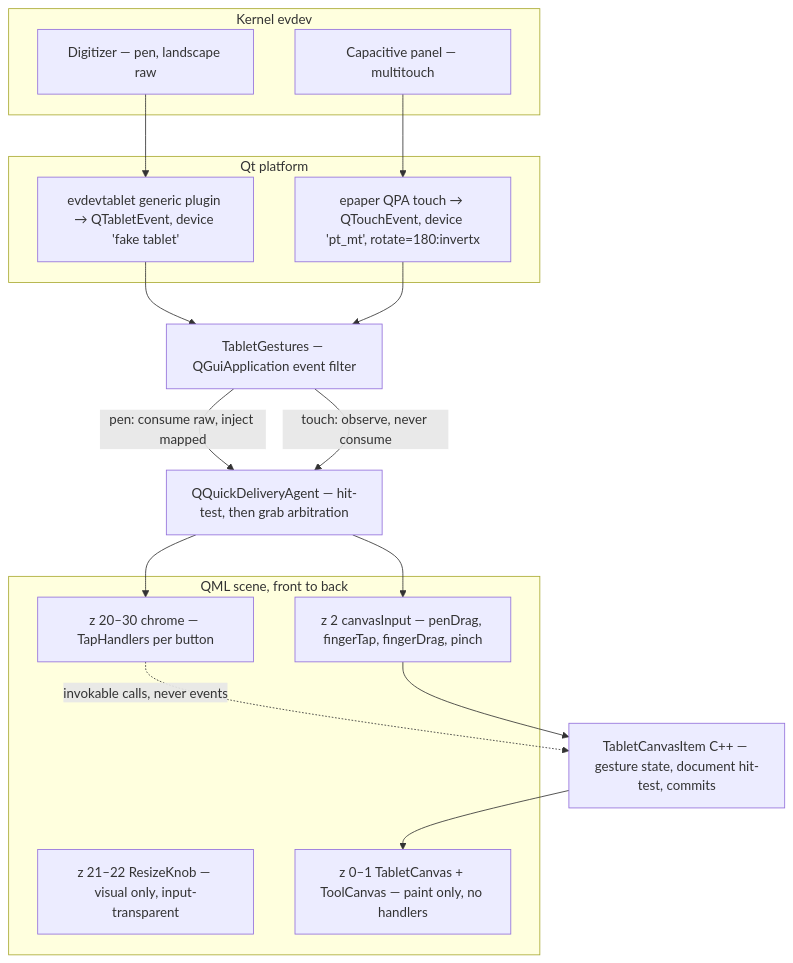
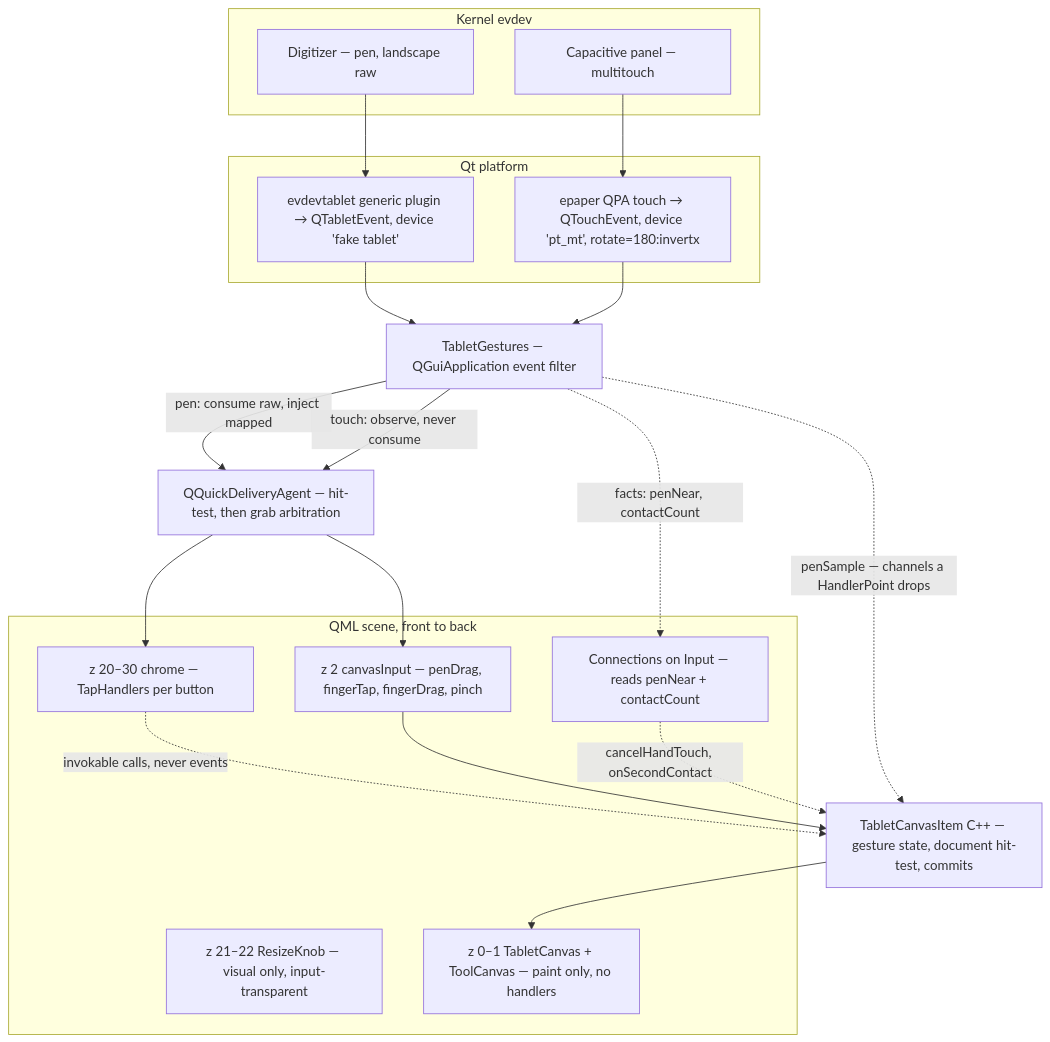
Before and after one commit to hoaidv/reawa: the first of 4 diagrams in .docs/modules/epaper/features/event-system/event-flow.md, drawn with Mermaid. The commit also changed other lines of this file and 9 other files, not shown here.

````diff
--- a/.docs/modules/epaper/features/event-system/event-flow.md
+++ b/.docs/modules/epaper/features/event-system/event-flow.md
@@ -27,29 +27,33 @@
 ```mermaid
 flowchart TB
   subgraph kernel["Kernel evdev"]
     dig["Digitizer — pen, landscape raw"]
     cap["Capacitive panel — multitouch"]
   end
   subgraph qpa["Qt platform"]
     tab["evdevtablet generic plugin → QTabletEvent, device 'fake tablet'"]
     tch["epaper QPA touch → QTouchEvent, device 'pt_mt', rotate=180:invertx"]
   end
   filt["TabletGestures — QGuiApplication event filter"]
   agent["QQuickDeliveryAgent — hit-test, then grab arbitration"]
   subgraph qml["QML scene, front to back"]
     chrome["z 20–30 chrome — TapHandlers per button"]
     knobs["z 21–22 ResizeKnob — visual only, input-transparent"]
     input["z 2 canvasInput — penDrag, fingerTap, fingerDrag, pinch"]
     raster["z 0–1 TabletCanvas + ToolCanvas — paint only, no handlers"]
+    policy["Connections on Input — reads penNear + contactCount"]
   end
   canvas["TabletCanvasItem C++ — gesture state, document hit-test, commits"]
   dig --> tab --> filt
   cap --> tch --> filt
   filt -->|"pen: consume raw, inject mapped"| agent
   filt -->|"touch: observe, never consume"| agent
+  filt -.->|"facts: penNear, contactCount"| policy
+  filt -.->|"penSample — channels a HandlerPoint drops"| canvas
   agent --> chrome
   agent --> input
   chrome -.->|"invokable calls, never events"| canvas
   input --> canvas
+  policy -.->|"cancelHandTouch, onSecondContact"| canvas
   canvas --> raster
 ```
````
